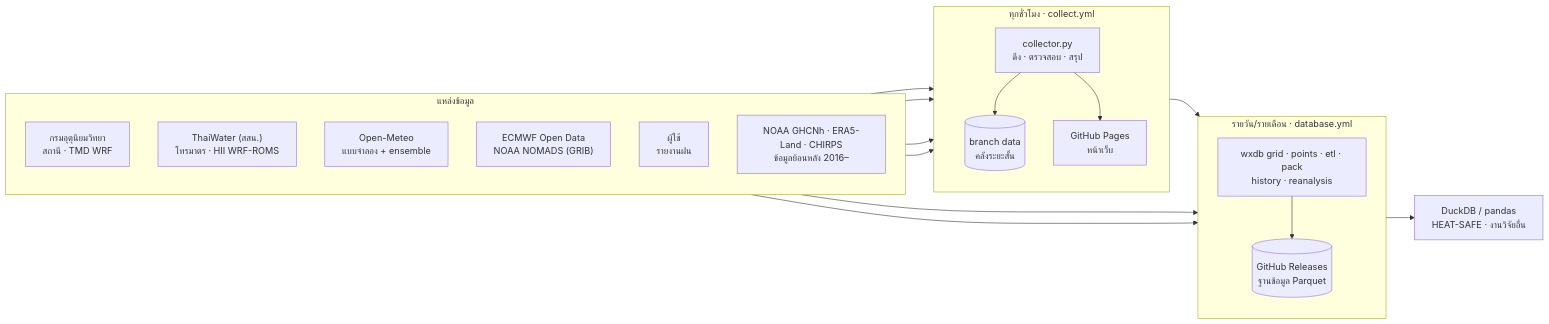
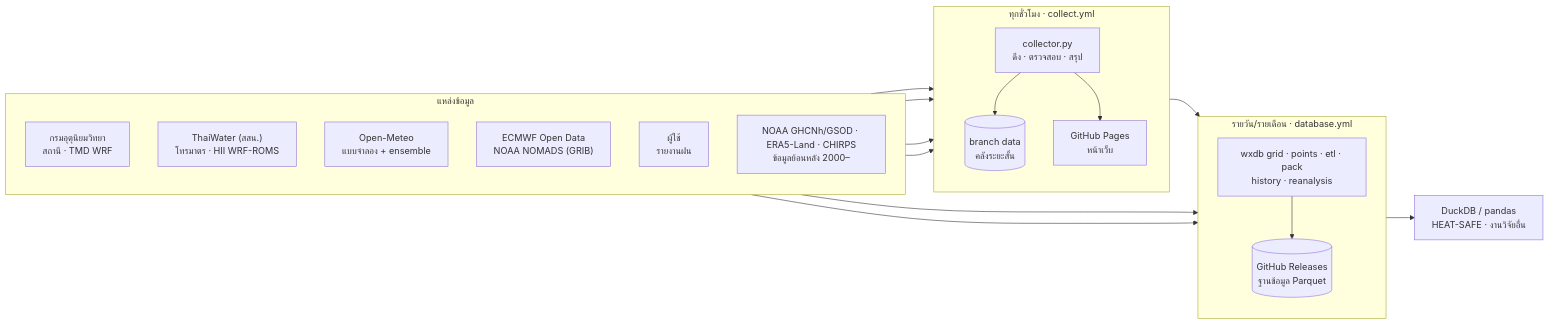
Before and after one commit to Navavit/burana: the first of 2 diagrams in README.md, drawn with Mermaid. The commit also changed other lines of this file and 9 other files, not shown here.

Commit message:
Add NOAA GSOD (2000–2025, daily) consolidated into TMD stations (tmd:<WMO>); extend history/reanalysis to 2000; data.html section explaining multi-source station consolidation

````diff
--- a/README.md
+++ b/README.md
@@ -20,27 +20,27 @@
 ```mermaid
 flowchart LR
   subgraph SRC["แหล่งข้อมูล"]
     direction TB
     S1["กรมอุตุนิยมวิทยา<br/>สถานี · TMD WRF"]
     S2["ThaiWater (สสน.)<br/>โทรมาตร · HII WRF-ROMS"]
     S3["Open-Meteo<br/>แบบจำลอง + ensemble"]
     S5["ECMWF Open Data<br/>NOAA NOMADS (GRIB)"]
     S7["ผู้ใช้<br/>รายงานฝน"]
-    S8["NOAA GHCNh · ERA5-Land · CHIRPS<br/>ข้อมูลย้อนหลัง 2016–"]
+    S8["NOAA GHCNh/GSOD · ERA5-Land · CHIRPS<br/>ข้อมูลย้อนหลัง 2000–"]
   end
   subgraph HOURLY["ทุกชั่วโมง · collect.yml"]
     direction TB
     C1["collector.py<br/>ดึง · ตรวจสอบ · สรุป"]
     C2[("branch data<br/>คลังระยะสั้น")]
     C3["GitHub Pages<br/>หน้าเว็บ"]
   end
   subgraph DB["รายวัน/รายเดือน · database.yml"]
     direction TB
     D1["wxdb grid · points · etl · pack<br/>history · reanalysis"]
     R1[("GitHub Releases<br/>ฐานข้อมูล Parquet")]
   end
   U1["DuckDB / pandas<br/>HEAT-SAFE · งานวิจัยอื่น"]
   S1 & S2 & S3 & S7 --> C1 --> C2 & C3
   S5 & S8 --> D1
   C2 --> D1 --> R1 --> U1
 ```
````
